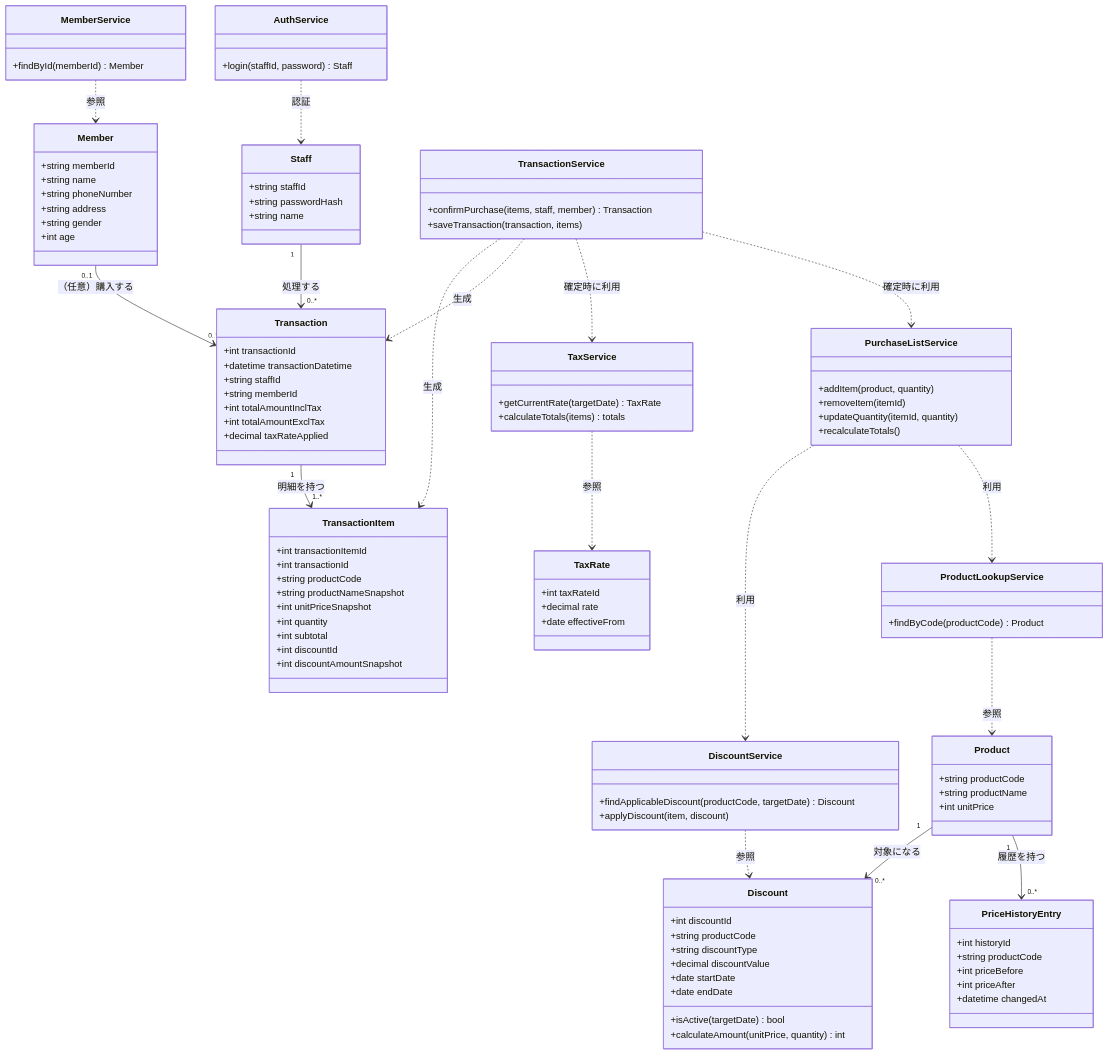
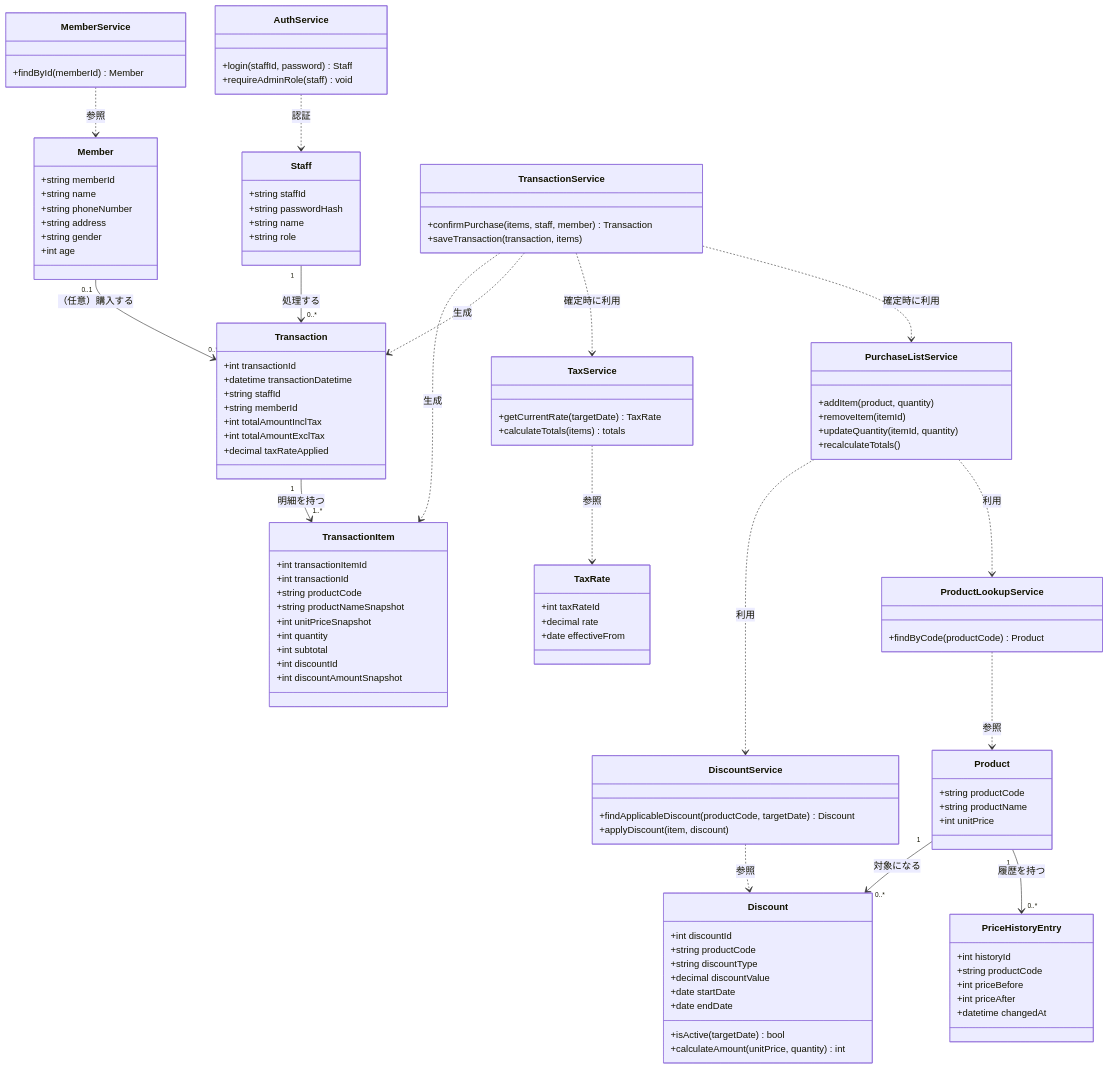
One commit to yamaguchinaokikk-ctrl/step4_lv2 changed the sixth of 11 diagrams in 設計仕様書.md. Above: the diagram before and after it, drawn with Mermaid. The commit also changed other lines of this file and 1 other file, not shown here.

```diff
--- a/設計仕様書.md
+++ b/設計仕様書.md
@@ -584,6 +681,7 @@
         +string staffId
         +string passwordHash
         +string name
+        +string role
     }
     class Discount {
         +int discountId
@@ -623,6 +721,7 @@
 
     class AuthService {
         +login(staffId, password) Staff
+        +requireAdminRole(staff) void
     }
     class ProductLookupService {
         +findByCode(productCode) Product
```
